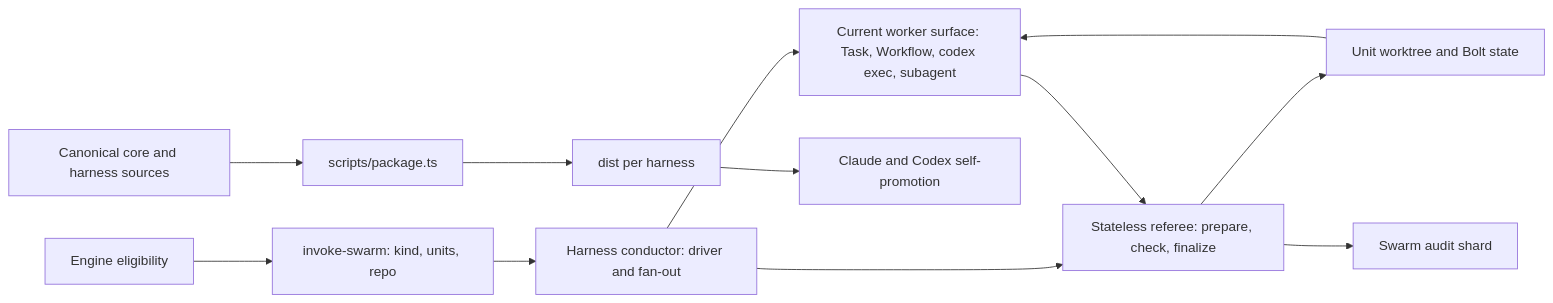
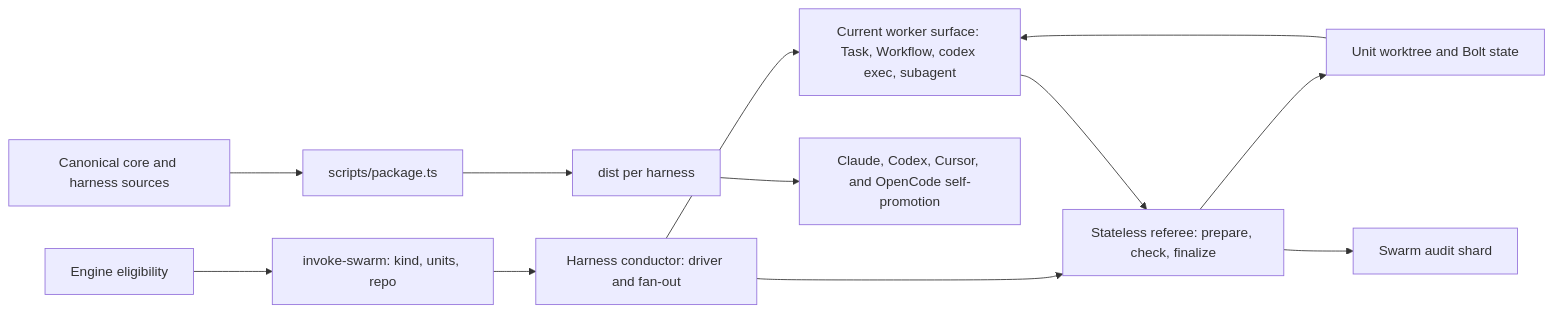
One commit to amadeus-dlc/amadeus changed the second of 10 diagrams in amadeus/spaces/default/codekb/amadeus/architecture.md. Above: the diagram before and after it, drawn with Mermaid. The commit also changed other lines of this file and 11 other files, not shown here.

````diff
--- a/amadeus/spaces/default/codekb/amadeus/architecture.md
+++ b/amadeus/spaces/default/codekb/amadeus/architecture.md
@@ -17,20 +52,20 @@
 ```mermaid
 flowchart LR
   Engine["Engine eligibility"]
   Directive["invoke-swarm: kind, units, repo"]
   Conductor["Harness conductor: driver and fan-out"]
   Worker["Current worker surface: Task, Workflow, codex exec, subagent"]
   Referee["Stateless referee: prepare, check, finalize"]
   Isolation["Unit worktree and Bolt state"]
   Audit["Swarm audit shard"]
   Sources["Canonical core and harness sources"]
   Packager["scripts/package.ts"]
   Dist["dist per harness"]
-  Promote["Claude and Codex self-promotion"]
+  Promote["Claude, Codex, Cursor, and OpenCode self-promotion"]
 
   Engine --> Directive --> Conductor --> Worker
   Conductor --> Referee
   Referee --> Isolation --> Worker
   Worker --> Referee --> Audit
   Sources --> Packager --> Dist --> Promote
 ```
````
